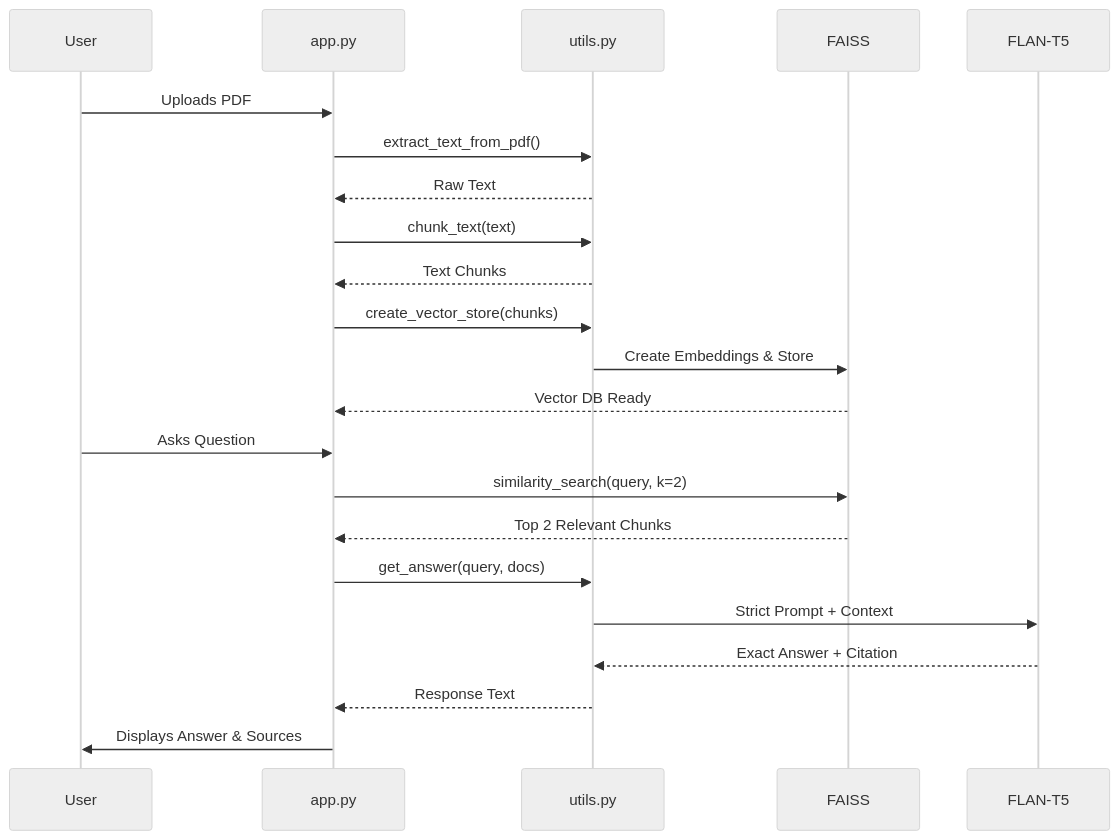
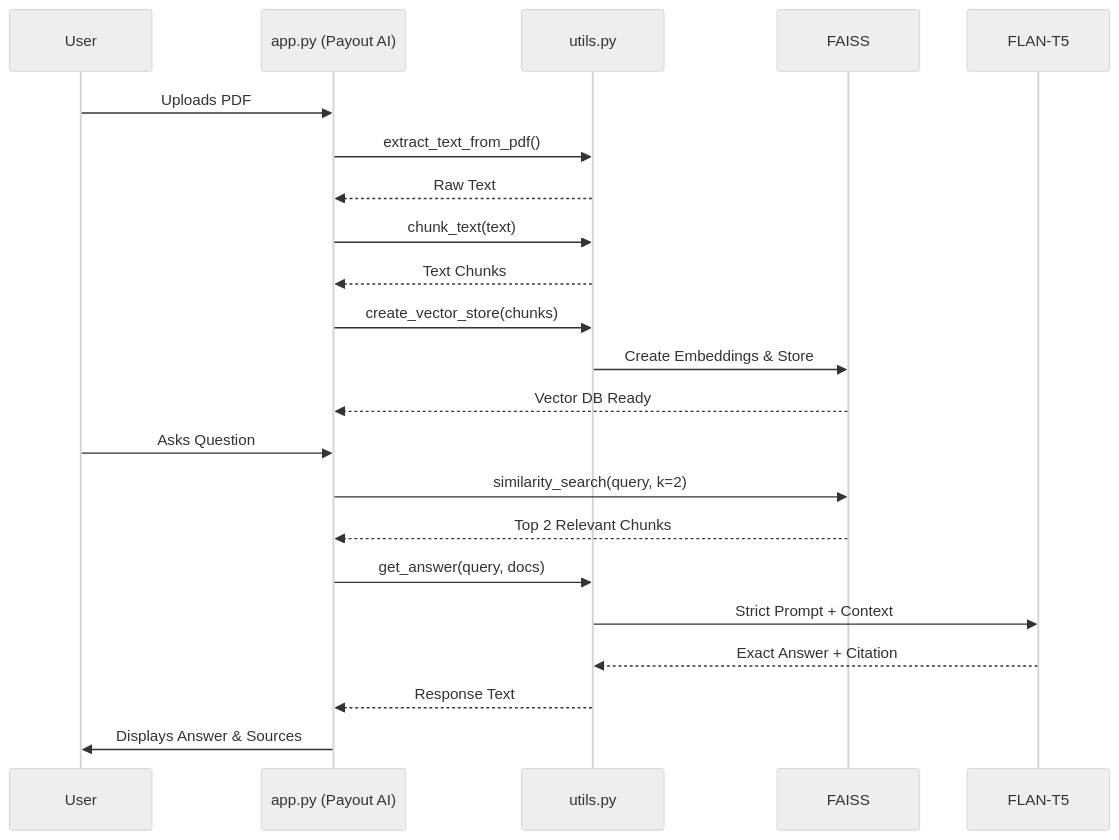
One commit to likhitha58/FINANCIAL-RAG-APP changed the second of 2 diagrams in README.md. Above: the diagram before and after it, drawn with Mermaid (neutral theme). The commit also changed other lines of this file and 1 other file, not shown here.

Commit message:
docs: update README and Viva Guide with Payout AI branding

````diff
--- a/README.md
+++ b/README.md
@@ -27,26 +27,26 @@
 ```mermaid
 sequenceDiagram
     participant User
-    participant App as app.py
+    participant App as app.py (Payout AI)
     participant Utils as utils.py
     participant FAISS
     participant LLM as FLAN-T5
 
     User->>App: Uploads PDF
     App->>Utils: extract_text_from_pdf()
     Utils-->>App: Raw Text
     App->>Utils: chunk_text(text)
     Utils-->>App: Text Chunks
     App->>Utils: create_vector_store(chunks)
     Utils->>FAISS: Create Embeddings & Store
     FAISS-->>App: Vector DB Ready
     
     User->>App: Asks Question
     App->>FAISS: similarity_search(query, k=2)
     FAISS-->>App: Top 2 Relevant Chunks
     App->>Utils: get_answer(query, docs)
     Utils->>LLM: Strict Prompt + Context
     LLM-->>Utils: Exact Answer + Citation
     Utils-->>App: Response Text
     App->>User: Displays Answer & Sources
 ```
````
